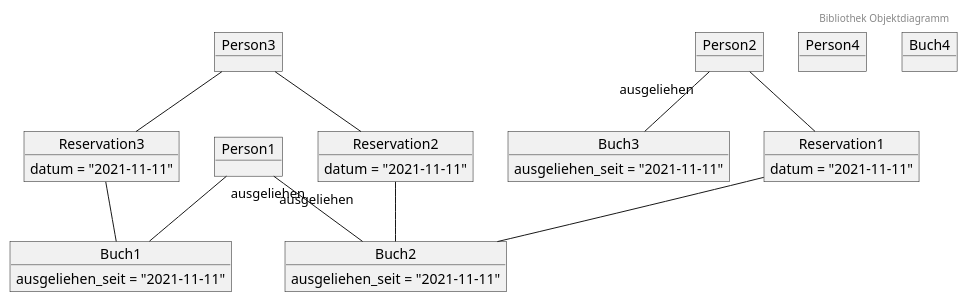
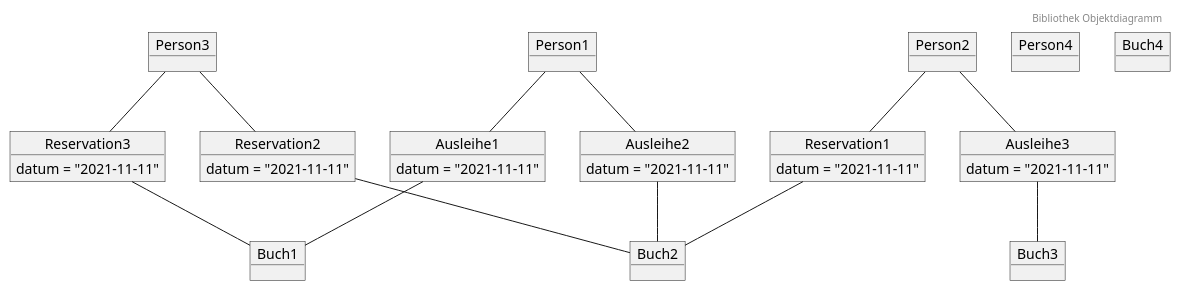
One commit to rb-bbw/M153_Bibliothek changed the diagram in Bibliothek Objekt.puml. Above: the diagram before and after it, drawn with PlantUML. The commit also changed 1 other file, not shown here.

```diff
--- a/Bibliothek Objekt.puml
+++ b/Bibliothek Objekt.puml
@@ -1,52 +1,59 @@
 @startuml
 'https://plantuml.com/object-diagram
 header Bibliothek Objektdiagramm
 
 /'
 - Eine Person kann mehre Bücher ausleihen.
 - Ein Buch kann gleichzeitig nur einmal ausgeliehen werden.
 - Ein Buch kann aber mehrmals reserviert sein.
 - Eine Person kann mehrere Bücher reservieren.
 - Es soll bekannt sein, wann ein Buch ausgeliehen wurde.
 - Es soll bekannt sein, wann es von wem reserviert wurde.
 '/
 
 object Person1
 object Person2
 object Person3
 object Person4
 
-object Buch1 {
-    ausgeliehen_seit = "2021-11-11"
+object Buch1
+object Buch2
+object Buch3
+object Buch4
+
+object Ausleihe1 {
+    datum = "2021-11-11"
 }
-object Buch2 {
-    ausgeliehen_seit = "2021-11-11"
+object Ausleihe2 {
+    datum = "2021-11-11"
 }
-object Buch3 {
-    ausgeliehen_seit = "2021-11-11"
+object Ausleihe3 {
+    datum = "2021-11-11"
 }
-object Buch4
 
 object Reservation1 {
     datum = "2021-11-11"
 }
 object Reservation2 {
     datum = "2021-11-11"
 }
 object Reservation3 {
     datum = "2021-11-11"
 }
 
-Person1 "ausgeliehen" -- Buch1
-Person1 "ausgeliehen" -- Buch2
+Person1 -- Ausleihe1
+Ausleihe1 -- Buch1
+Person1 -- Ausleihe2
+Ausleihe2 -- Buch2
 
-Person2 "ausgeliehen" -- Buch3
+Person2 -- Ausleihe3
+Ausleihe3 -- Buch3
 Person2 -- Reservation1
 Reservation1 -- Buch2
 
 Person3 -- Reservation2
 Reservation2 -- Buch2
 Person3 -- Reservation3
 Reservation3 -- Buch1
 
 @enduml
```
